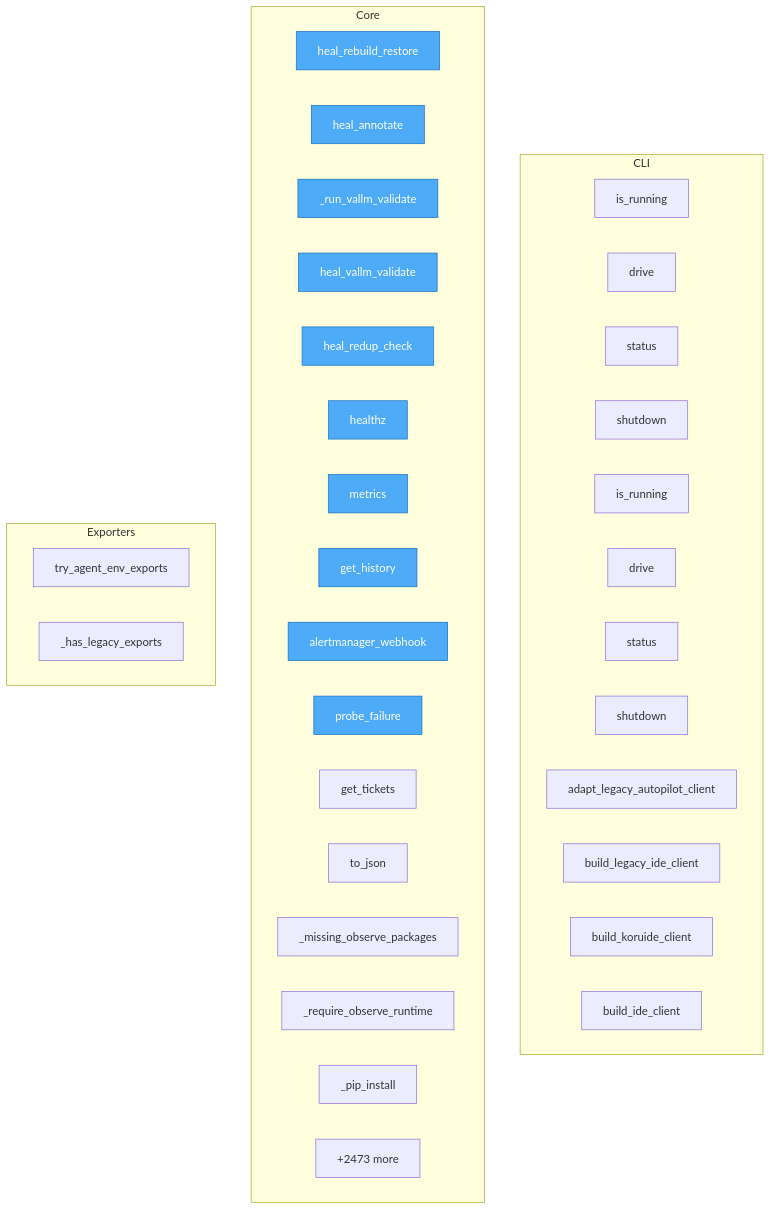
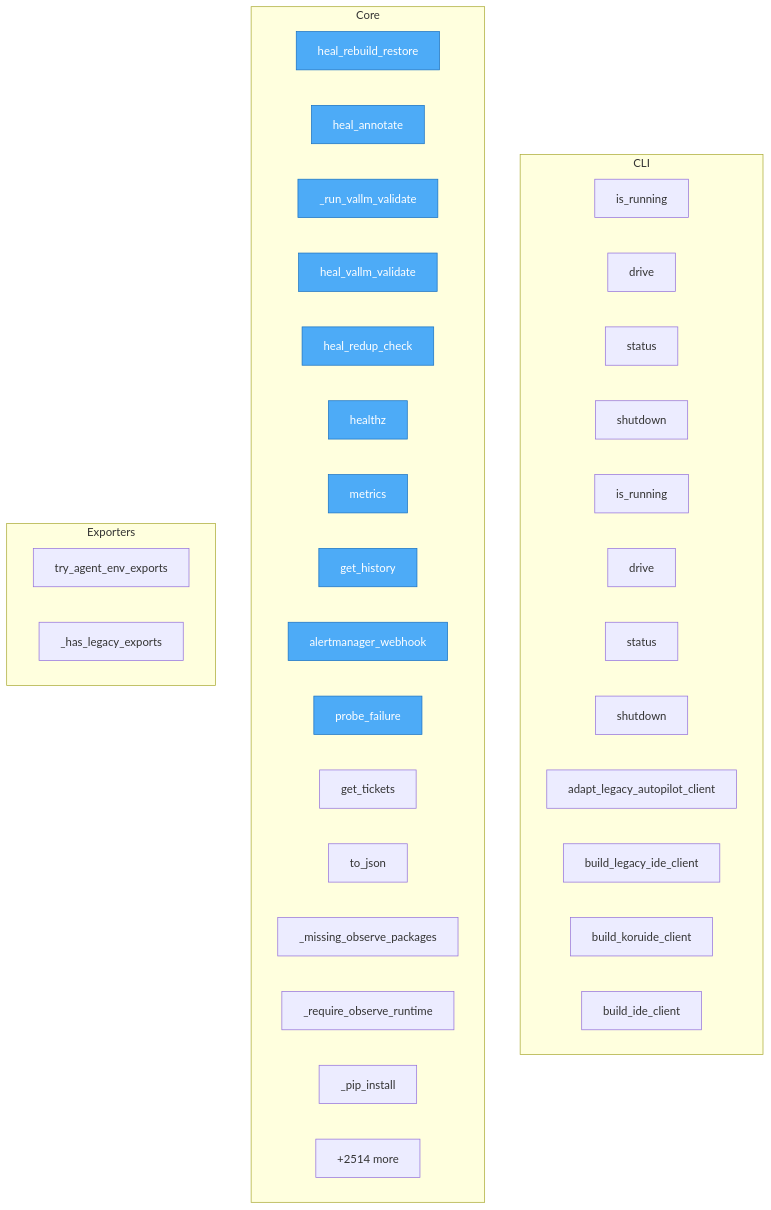
One commit to semcod/koru changed the diagram in project/flow.mmd. Above: the diagram before and after it, drawn with Mermaid. The commit also changed 39 other files, not shown here.

```diff
--- a/project/flow.mmd
+++ b/project/flow.mmd
@@ -1,46 +1,46 @@
 flowchart TD
-%% generated in 0.44s
+%% generated in 0.16s
 
     %% Entry points (blue)
     classDef entry fill:#4dabf7,stroke:#1971c2,color:#fff
 
     subgraph CLI
         koru__ide_client__IDEControlClient__is_running["is_running"]
         koru__ide_client__IDEControlClient__drive["drive"]
         koru__ide_client__IDEControlClient__status["status"]
         koru__ide_client__IDEControlClient__shutdown["shutdown"]
         koru__ide_client__LegacyAutopilotClientAdapter__is_running["is_running"]
         koru__ide_client__LegacyAutopilotClientAdapter__drive["drive"]
         koru__ide_client__LegacyAutopilotClientAdapter__status["status"]
         koru__ide_client__LegacyAutopilotClientAdapter__shutdown["shutdown"]
         koru__ide_client__adapt_legacy_autopilot_client["adapt_legacy_autopilot_client"]
         koru__ide_client__build_legacy_ide_client["build_legacy_ide_client"]
         koru__ide_client__build_koruide_client["build_koruide_client"]
         koru__ide_client__build_ide_client["build_ide_client"]
     end
 
     subgraph Core
         services__healing_webhook__app__heal_rebuild_restore["heal_rebuild_restore"]
         services__healing_webhook__app__heal_annotate["heal_annotate"]
         services__healing_webhook__app___run_vallm_validate["_run_vallm_validate"]
         services__healing_webhook__app__heal_vallm_validate["heal_vallm_validate"]
         services__healing_webhook__app__heal_redup_check["heal_redup_check"]
         services__healing_webhook__app__healthz["healthz"]
         services__healing_webhook__app__metrics["metrics"]
         services__healing_webhook__app__get_history["get_history"]
         services__healing_webhook__app__alertmanager_webhook["alertmanager_webhook"]
         services__healing_webhook__app__probe_failure["probe_failure"]
         services__healing_webhook__app__get_tickets["get_tickets"]
         src__koruobserve__lifecycle__ObserveProcesses__to_json["to_json"]
         src__koruobserve__cli___missing_observe_packages["_missing_observe_packages"]
         src__koruobserve__cli___require_observe_runtime["_require_observe_runtime"]
         src__koruobserve__cli___pip_install["_pip_install"]
-        ...["+2473 more"]
+        ...["+2514 more"]
     end
 
     subgraph Exporters
         src__koru__agent_cli_helpers__try_agent_env_exports["try_agent_env_exports"]
         src__koru__cli___has_legacy_exports["_has_legacy_exports"]
     end
 
     class services__healing_webhook__app__heal_rebuild_restore,services__healing_webhook__app__heal_annotate,services__healing_webhook__app___run_vallm_validate,services__healing_webhook__app__heal_vallm_validate,services__healing_webhook__app__heal_redup_check,services__healing_webhook__app__healthz,services__healing_webhook__app__metrics,services__healing_webhook__app__get_history,services__healing_webhook__app__alertmanager_webhook,services__healing_webhook__app__probe_failure entry
```
